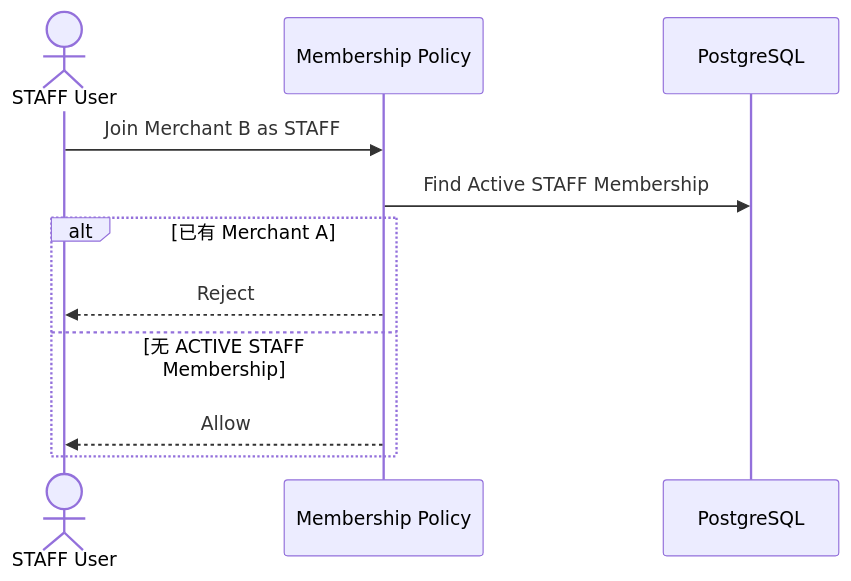
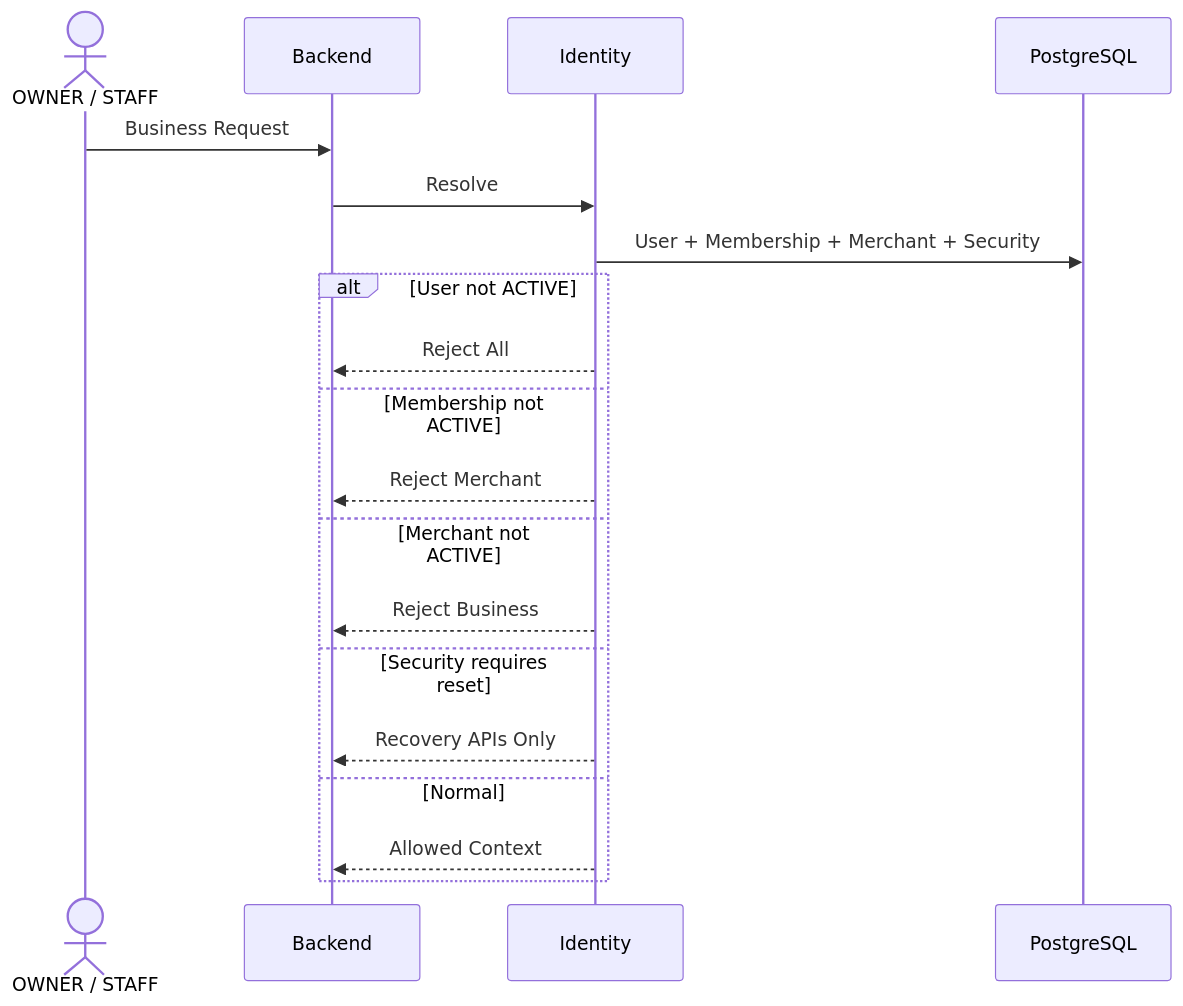
One commit to sxyq/mastergoods changed the second of 5 diagrams in docs/system-design/01-账户与身份/06-账号状态与商户成员关系.md. Above: the diagram before and after it, drawn with Mermaid. The commit also changed other lines of this file and 6 other files, not shown here.

````diff
--- a/docs/system-design/01-账户与身份/06-账号状态与商户成员关系.md
+++ b/docs/system-design/01-账户与身份/06-账号状态与商户成员关系.md
@@ -28,15 +92,23 @@
 ```mermaid
 sequenceDiagram
-    actor S as STAFF User
-    participant IAM as Membership Policy
+    actor U as OWNER / STAFF
+    participant API as Backend
+    participant IAM as Identity
     participant DB as PostgreSQL
 
-    S->>IAM: Join Merchant B as STAFF
-    IAM->>DB: Find Active STAFF Membership
+    U->>API: Business Request
+    API->>IAM: Resolve
+    IAM->>DB: User + Membership + Merchant + Security
 
-    alt 已有 Merchant A
-        IAM-->>S: Reject
-    else 无 ACTIVE STAFF Membership
-        IAM-->>S: Allow
+    alt User not ACTIVE
+        IAM-->>API: Reject All
+    else Membership not ACTIVE
+        IAM-->>API: Reject Merchant
+    else Merchant not ACTIVE
+        IAM-->>API: Reject Business
+    else Security requires reset
+        IAM-->>API: Recovery APIs Only
+    else Normal
+        IAM-->>API: Allowed Context
     end
 ```
````
